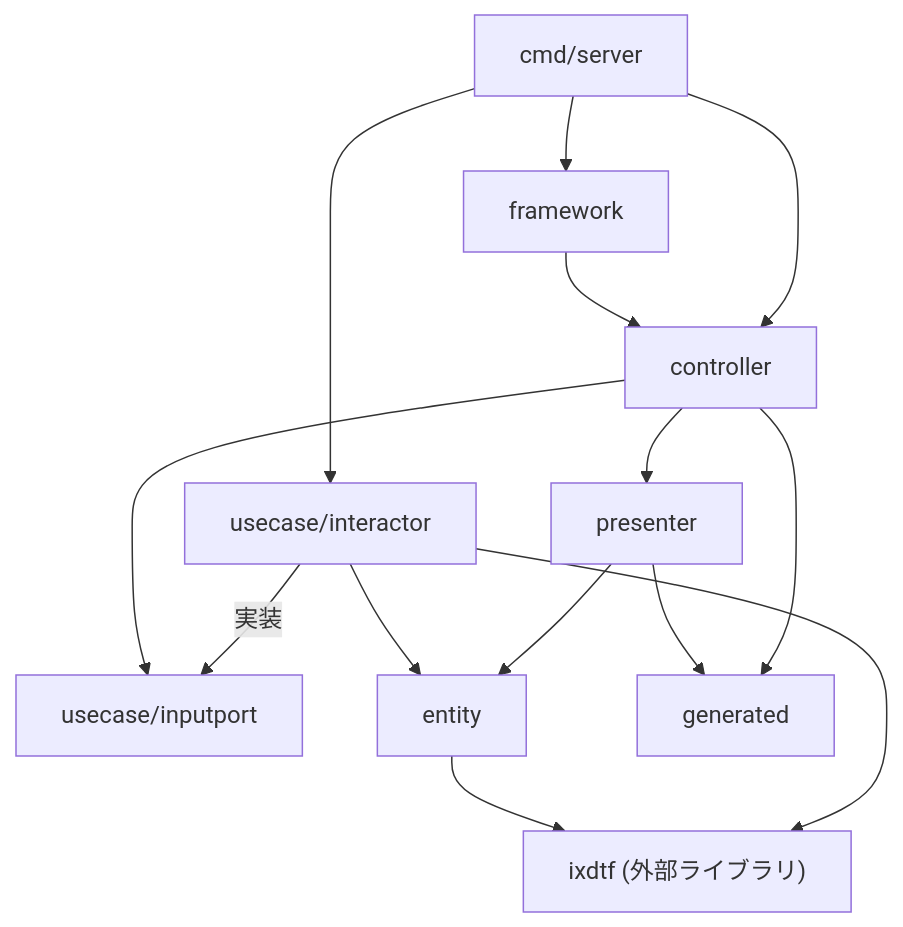
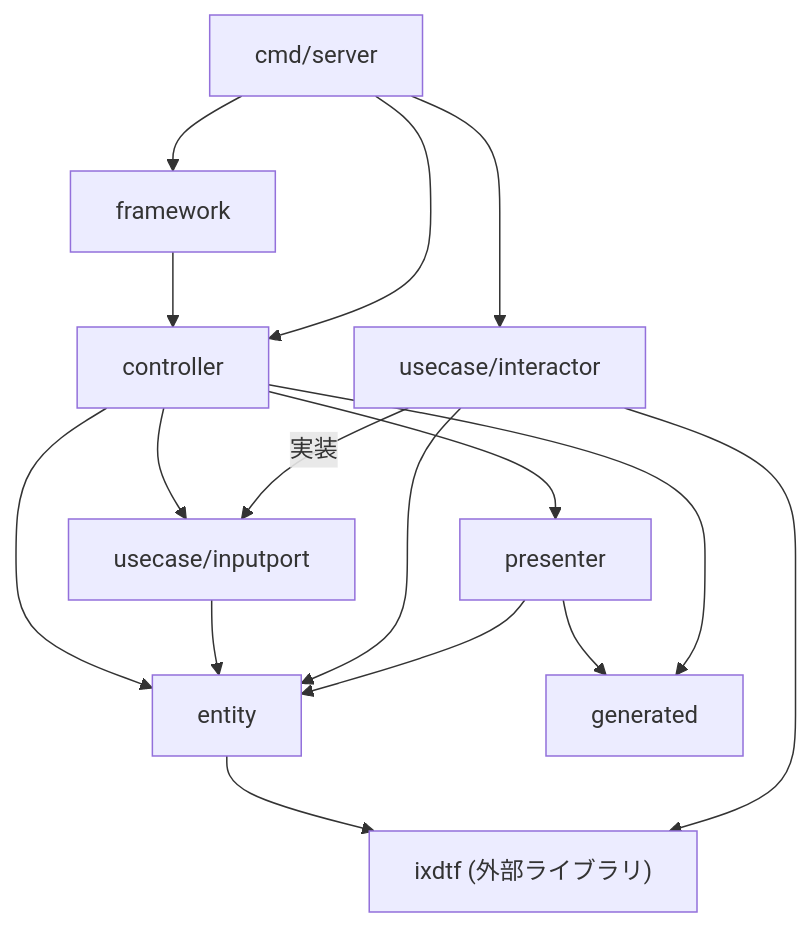
The third of 4 diagrams in docs/architecture.md (8beeeaaat/ixdtf), drawn with Mermaid before and after one commit. The commit also changed other lines of this file and 163 other files, not shown here.

````diff
--- a/docs/architecture.md
+++ b/docs/architecture.md
@@ -241,14 +248,16 @@
 ```mermaid
 graph TD
     FW[framework] --> CTRL[controller]
     CTRL --> PRES[presenter]
     CTRL --> IP[usecase/inputport]
+    CTRL --> ENT
+    IP --> ENT
     IA[usecase/interactor] -->|実装| IP
     IA --> ENT[entity]
     ENT --> LIB["ixdtf (外部ライブラリ)"]
     IA --> LIB
     PRES --> ENT
     PRES --> GEN[generated]
     CTRL --> GEN
     ROOT[cmd/server] --> FW & IA & CTRL
 ```
````
